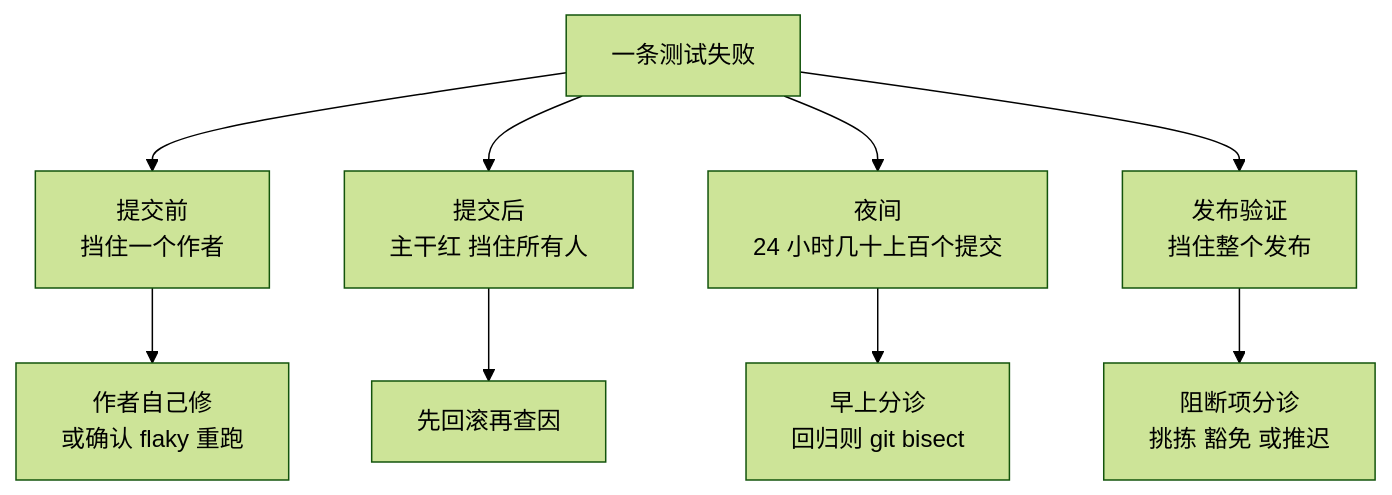
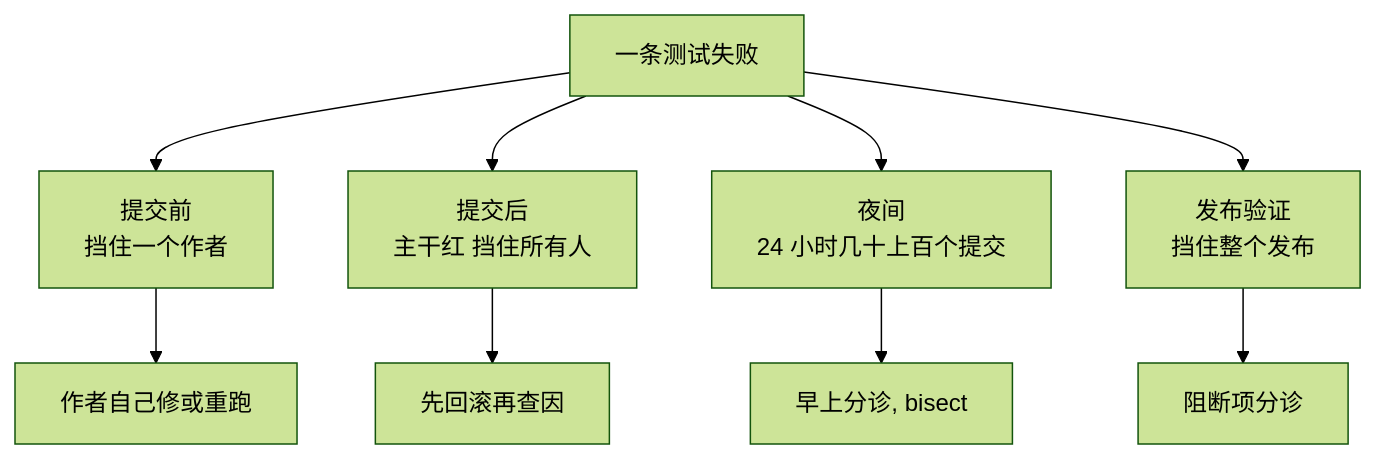
The diagram in vault/domains/test-release/cards/regression/tr-regression-tiers-failure-response.md (ChiChasesCheese/trellis), drawn with Mermaid (forest theme) before and after one commit. The commit also changed 27 other files, not shown here.

First line of the commit message:
Cerebras HM prep: phone-sized diagrams and two corrected facts in the 100 cards for the hiring-manager round

````diff
--- a/vault/domains/test-release/cards/regression/tr-regression-tiers-failure-response.md
+++ b/vault/domains/test-release/cards/regression/tr-regression-tiers-failure-response.md
@@ -18,11 +18,11 @@
 ```mermaid
 flowchart TB
   F["一条测试失败"] --> A["提交前<br/>挡住一个作者"]
   F --> B["提交后<br/>主干红 挡住所有人"]
   F --> C["夜间<br/>24 小时几十上百个提交"]
   F --> D["发布验证<br/>挡住整个发布"]
-  A --> A1["作者自己修<br/>或确认 flaky 重跑"]
+  A --> A1["作者自己修或重跑"]
   B --> B1["先回滚再查因"]
-  C --> C1["早上分诊<br/>回归则 git bisect"]
-  D --> D1["阻断项分诊<br/>挑拣 豁免 或推迟"]
+  C --> C1["早上分诊, bisect"]
+  D --> D1["阻断项分诊"]
 ```
````
